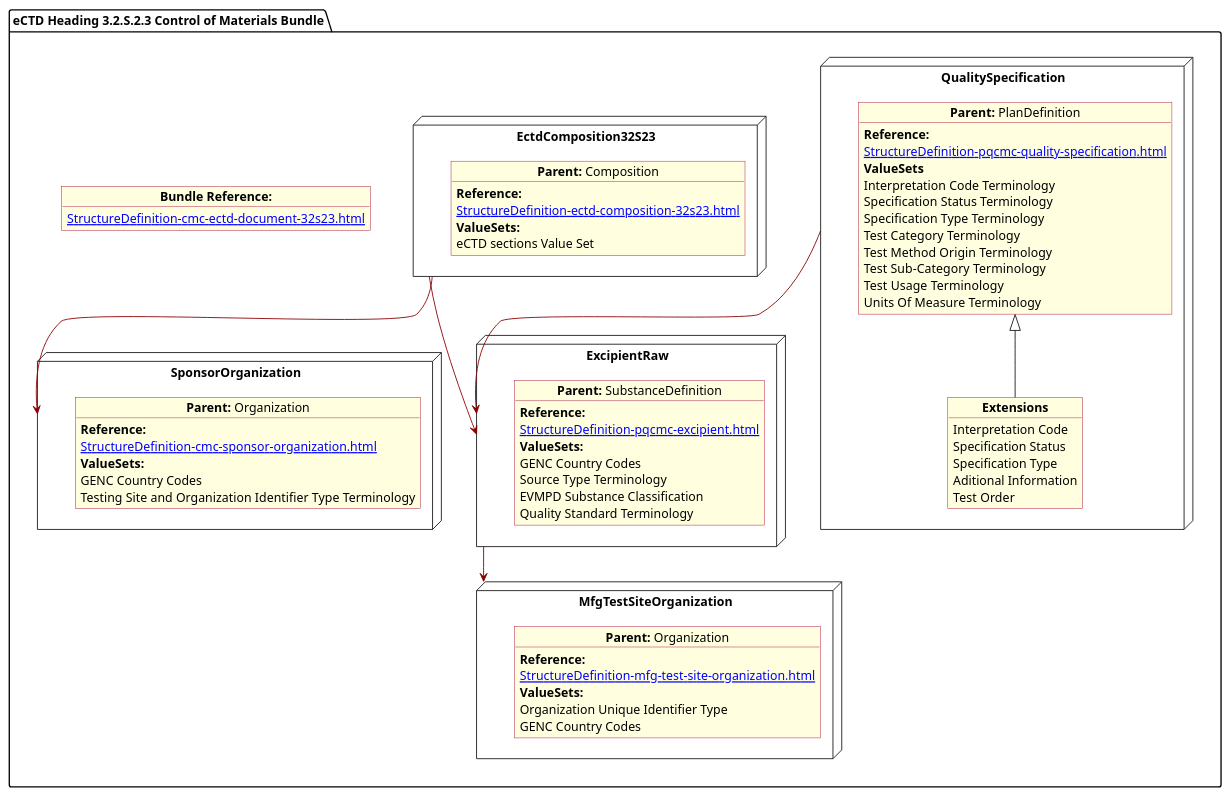
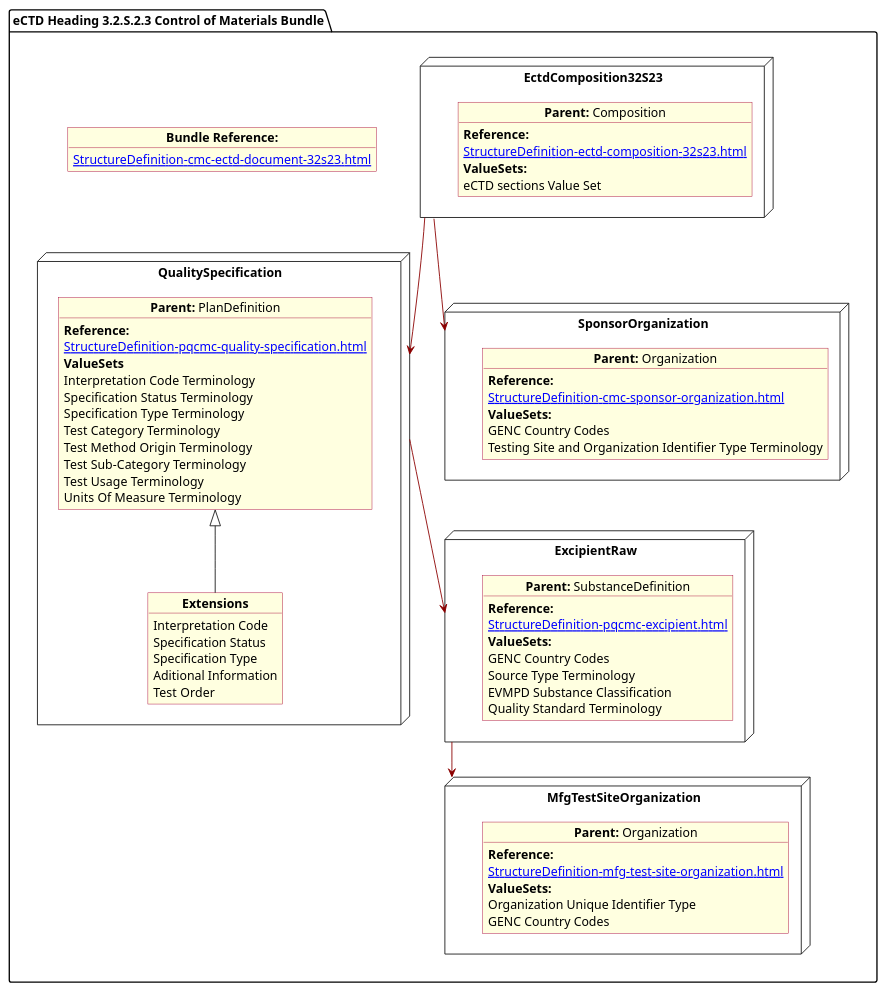
One commit to HL7/FHIR-us-pq-cmc-fda changed the diagram in input/images-source/SubstanceControlMat.plantuml. Above: the diagram before and after it, drawn with PlantUML. The commit also changed 1 other file, not shown here.

```diff
--- a/input/images-source/SubstanceControlMat.plantuml
+++ b/input/images-source/SubstanceControlMat.plantuml
@@ -1,91 +1,91 @@
 @startuml SubstanceControlMat
 allowmixing
 'Mixed model of use case and object
 skinparam svgDimensionStyle false
 skinparam ObjectBackgroundColor LightYellow
 skinparam ObjectBorderColor #A80036
 skinparam activityDiamondBorderColor #A80036
 skinparam activityDiamondBackgroundColor lawnGreen
 skinparam ClassBorderThickness 4
 
 package "eCTD Heading 3.2.S.2.3 Control of Materials Bundle" as NODES {
     object "**Bundle Reference:**" as objbun {
         [[StructureDefinition-cmc-ectd-document-32s23.html]]
     }
 
     node "QualitySpecification" as N2 {
 
         object "**Parent:** PlanDefinition" as obj2 {
             **Reference:**
             [[StructureDefinition-pqcmc-quality-specification.html]]
             **ValueSets**
             Interpretation Code Terminology
             Specification Status Terminology
             Specification Type Terminology
             Test Category Terminology
             Test Method Origin Terminology
             Test Sub-Category Terminology
             Test Usage Terminology
             Units Of Measure Terminology
         }
         object "**Extensions**" as objQSEx {
             Interpretation Code
             Specification Status
             Specification Type
             Aditional Information
             Test Order
         }
         obj2 <|-- objQSEx
     }
     node "EctdComposition32S23" as N1 {
 
         object "**Parent:** Composition" as obj1 {
             **Reference:**
             [[StructureDefinition-ectd-composition-32s23.html]]
             **ValueSets:**
             eCTD sections Value Set
         }
     }
 
     node "SponsorOrganization" as NSO {
 
         object "**Parent:** Organization" as objAu {
             **Reference:**
             [[StructureDefinition-cmc-sponsor-organization.html]]
             **ValueSets:**
             GENC Country Codes
             Testing Site and Organization Identifier Type Terminology
         }
     }
 
     node "ExcipientRaw" as N21 {
 
         object "**Parent:** SubstanceDefinition" as obj22 {
             **Reference:**
             [[StructureDefinition-pqcmc-excipient.html]]
             **ValueSets:**
             GENC Country Codes
             Source Type Terminology
             EVMPD Substance Classification
             Quality Standard Terminology
         }
     }
     node "MfgTestSiteOrganization" as N21mfg {
 
         object "**Parent:** Organization" as objTS  {
             **Reference:**
             [[StructureDefinition-mfg-test-site-organization.html]]
             **ValueSets:**
             Organization Unique Identifier Type
             GENC Country Codes
         }
     }
 
 
 
-    N1 -[#darkred]-> N21
+    N1 -[#darkred]-> N2
     N2 -[#darkred]-> N21
     N1 -[#darkred]-> NSO
     N21 -[#darkred]-> N21mfg
 }
 @enduml
```
